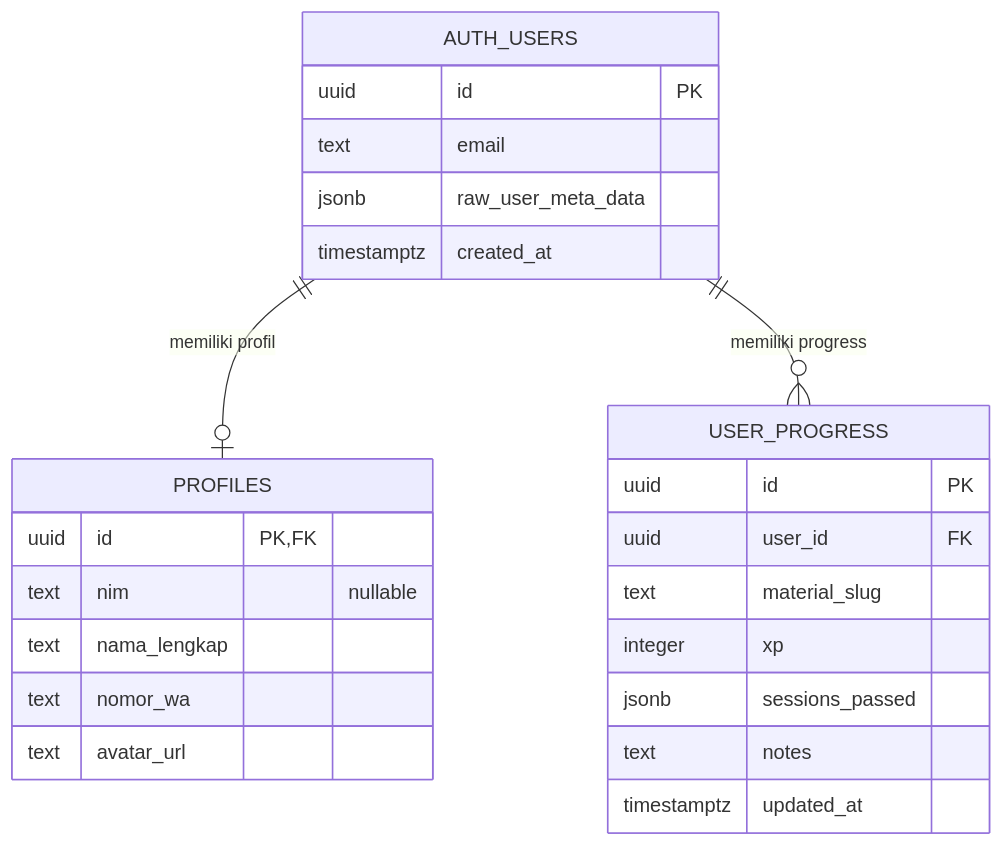
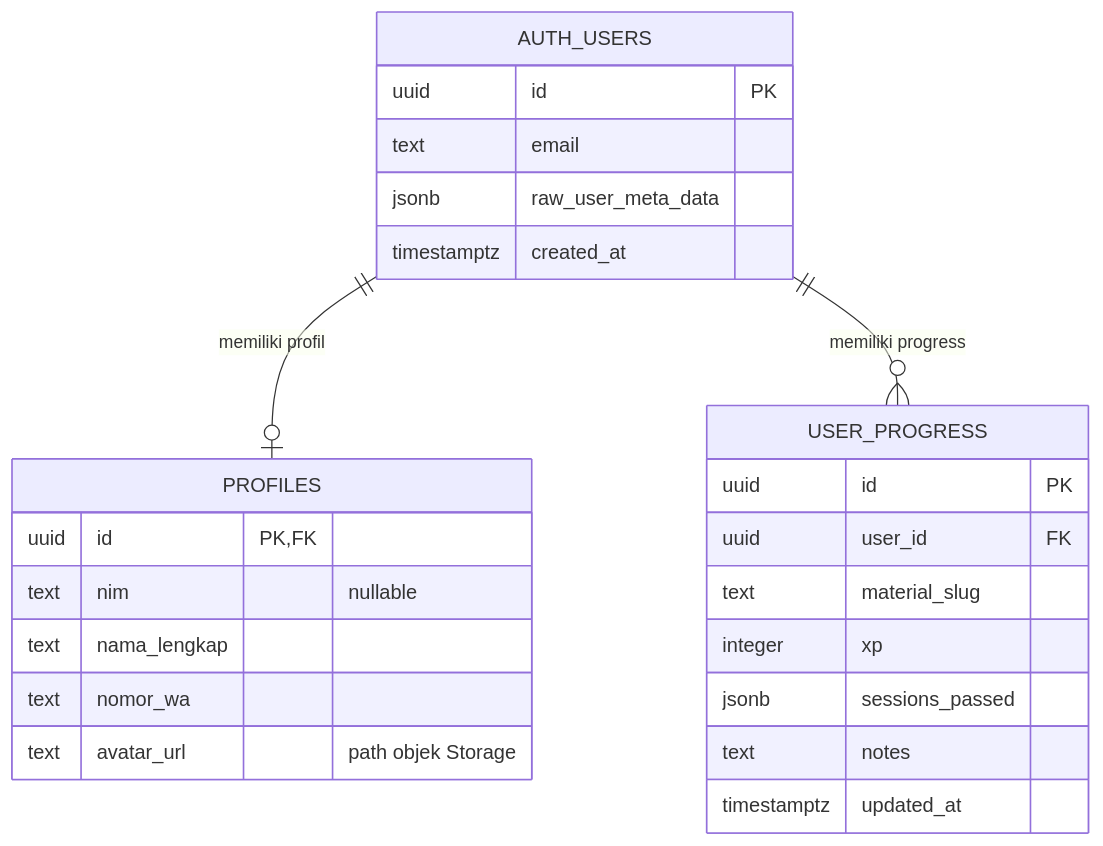
Before and after one commit to nandayudhistirawibowo/NdUniverse: the diagram in ERD.md, drawn with Mermaid. The commit also changed other lines of this file and 2 other files, not shown here.

Commit message:
docs: sempurnakan PRD, ERD, dan FLOWCHART sesuai fitur final (TTS, Avatar, XP)

````diff
--- a/ERD.md
+++ b/ERD.md
@@ -5,30 +5,30 @@
 ```mermaid
 erDiagram
     AUTH_USERS ||--o| PROFILES : "memiliki profil"
     AUTH_USERS ||--o{ USER_PROGRESS : "memiliki progress"
 
     AUTH_USERS {
         uuid id PK
         text email
         jsonb raw_user_meta_data
         timestamptz created_at
     }
 
     PROFILES {
         uuid id PK, FK
         text nim "nullable"
         text nama_lengkap
         text nomor_wa
-        text avatar_url
+        text avatar_url "path objek Storage"
     }
 
     USER_PROGRESS {
         uuid id PK
         uuid user_id FK
         text material_slug
         integer xp
         jsonb sessions_passed
         text notes
         timestamptz updated_at
     }
 ```
````
